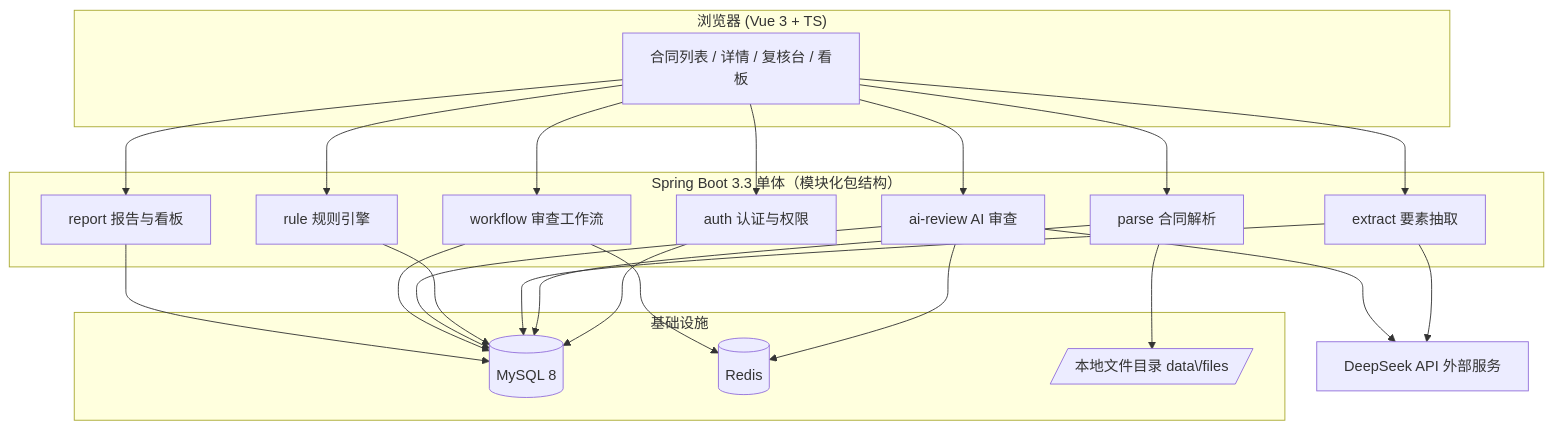
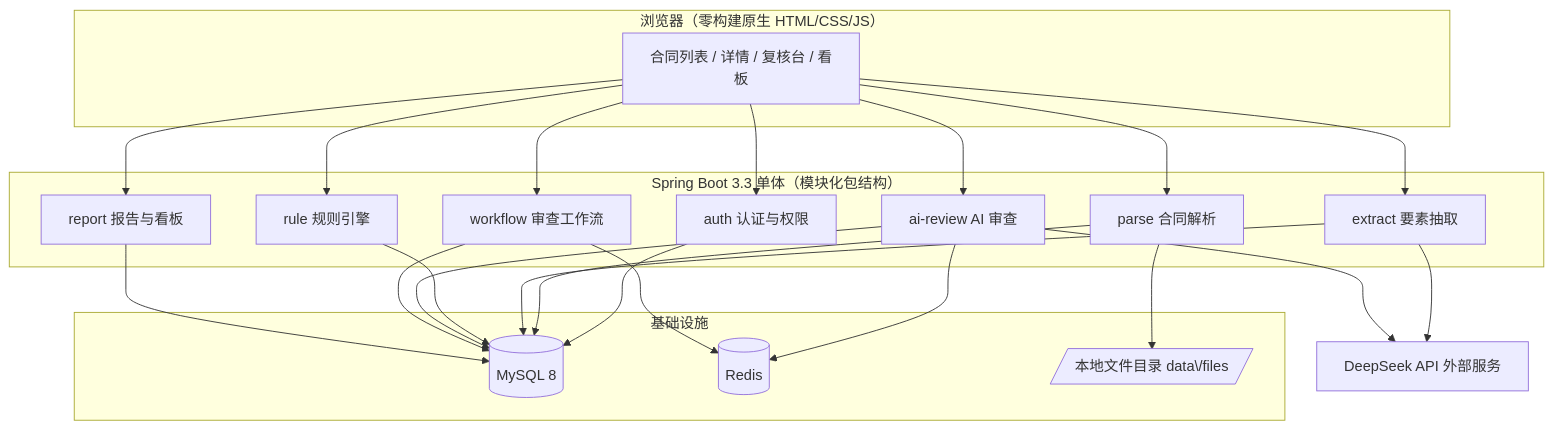
The first of 2 diagrams in docs/02-architecture.md (zbfm123/xm), drawn with Mermaid before and after one commit. The commit also changed other lines of this file and 10 other files, not shown here.

```diff
--- a/docs/02-architecture.md
+++ b/docs/02-architecture.md
@@ -25,45 +25,45 @@
 ~~~mermaid
 flowchart TB
-    subgraph Client["浏览器 (Vue 3 + TS)"]
+    subgraph Client["浏览器（零构建原生 HTML/CSS/JS）"]
         UI[合同列表 / 详情 / 复核台 / 看板]
     end
 
     subgraph App["Spring Boot 3.3 单体（模块化包结构）"]
         Auth[auth 认证与权限]
         Parse[parse 合同解析]
         Extract[extract 要素抽取]
         Rule[rule 规则引擎]
         AiReview[ai-review AI 审查]
         Workflow[workflow 审查工作流]
         Report[report 报告与看板]
     end
 
     subgraph Infra["基础设施"]
         MySQL[(MySQL 8)]
         Redis[(Redis)]
         Files[/本地文件目录 data\/files/]
     end
 
     LLM[DeepSeek API 外部服务]
 
     UI --> Auth
     UI --> Parse
     UI --> Extract
     UI --> Rule
     UI --> AiReview
     UI --> Workflow
     UI --> Report
 
     Auth --> MySQL
     Parse --> Files
     Parse --> MySQL
     Extract --> MySQL
     Extract --> LLM
     Rule --> MySQL
     AiReview --> LLM
     AiReview --> Redis
     AiReview --> MySQL
     Workflow --> MySQL
     Workflow --> Redis
     Report --> MySQL
 ~~~
```
